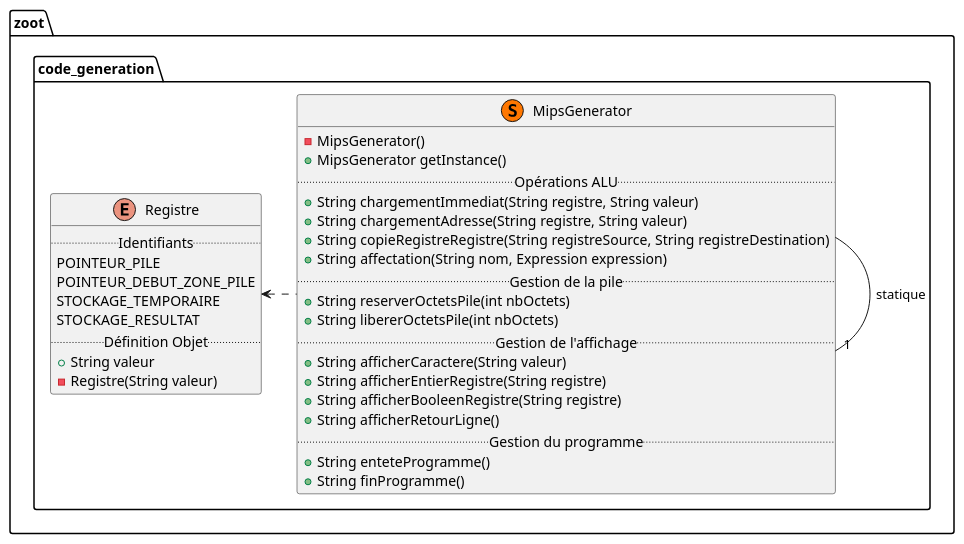
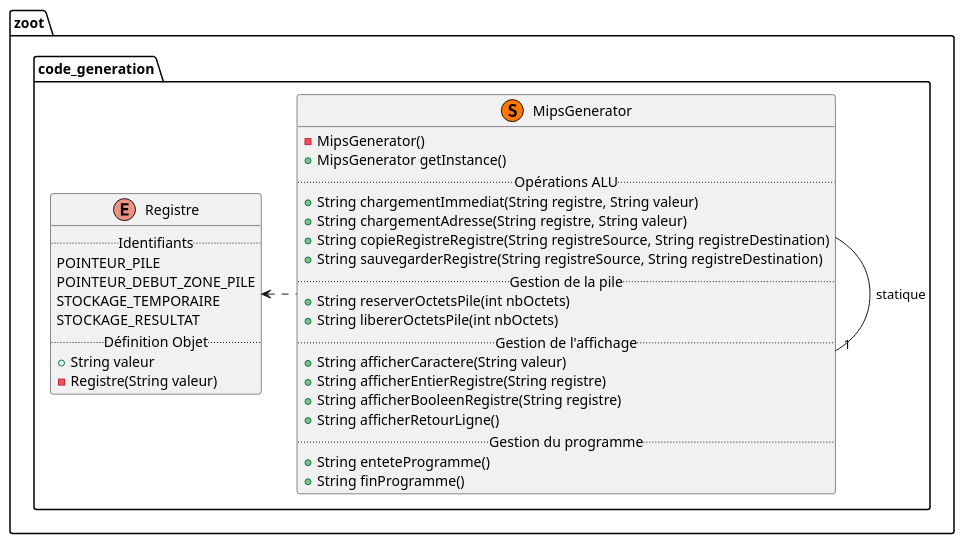
One commit to lmtb06/zoot changed the diagram in diagrammes/classe/code_generation.puml. Above: the diagram before and after it, drawn with PlantUML. The commit also changed 1 other file, not shown here.

Commit message:
Erratum: MipsGenerator.affectation disparaît et laisse place à MipsGenerator.sauvegarderRegistre

```diff
--- a/diagrammes/classe/code_generation.puml
+++ b/diagrammes/classe/code_generation.puml
@@ -1,43 +1,43 @@
 @startuml "Package code_generation"
 
 namespace zoot.code_generation {
     ' Includes
     ' Classes
     enum Registre{
         .. Identifiants ..
         POINTEUR_PILE
         POINTEUR_DEBUT_ZONE_PILE
         STOCKAGE_TEMPORAIRE
         STOCKAGE_RESULTAT
         .. Définition Objet ..
         + String valeur
         - Registre(String valeur)
     }
 
     class MipsGenerator << (S,#FF7700) >> {
         - MipsGenerator()
         + MipsGenerator getInstance()
         .. Opérations ALU ..
         + String chargementImmediat(String registre, String valeur)
         + String chargementAdresse(String registre, String valeur)
         + String copieRegistreRegistre(String registreSource, String registreDestination)
-        + String affectation(String nom, Expression expression)
+        + String sauvegarderRegistre(String registreSource, String registreDestination)
         .. Gestion de la pile ..
         + String reserverOctetsPile(int nbOctets)
         + String libererOctetsPile(int nbOctets)
         .. Gestion de l'affichage ..
         + String afficherCaractere(String valeur)
         + String afficherEntierRegistre(String registre)
         + String afficherBooleenRegistre(String registre)
         + String afficherRetourLigne()
         .. Gestion du programme ..
         + String enteteProgramme()
         + String finProgramme()
     }
 
     ' Relations entre les classes
     MipsGenerator -right-"1" MipsGenerator : statique
     MipsGenerator .left.> Registre
 
 }
 @enduml
```
